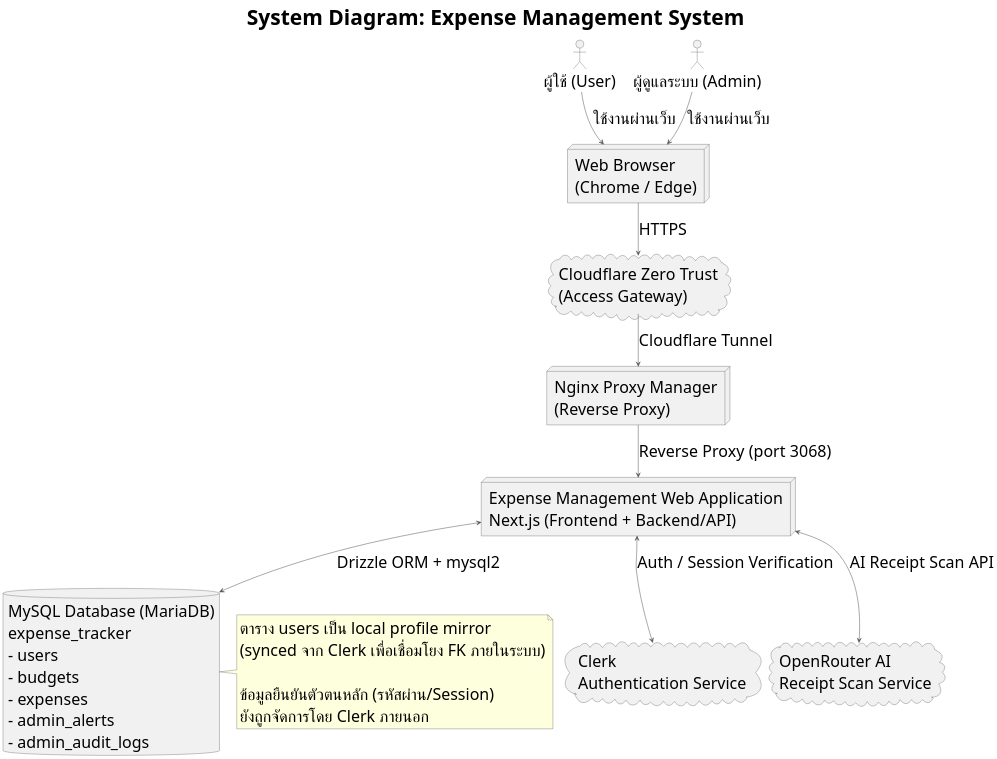
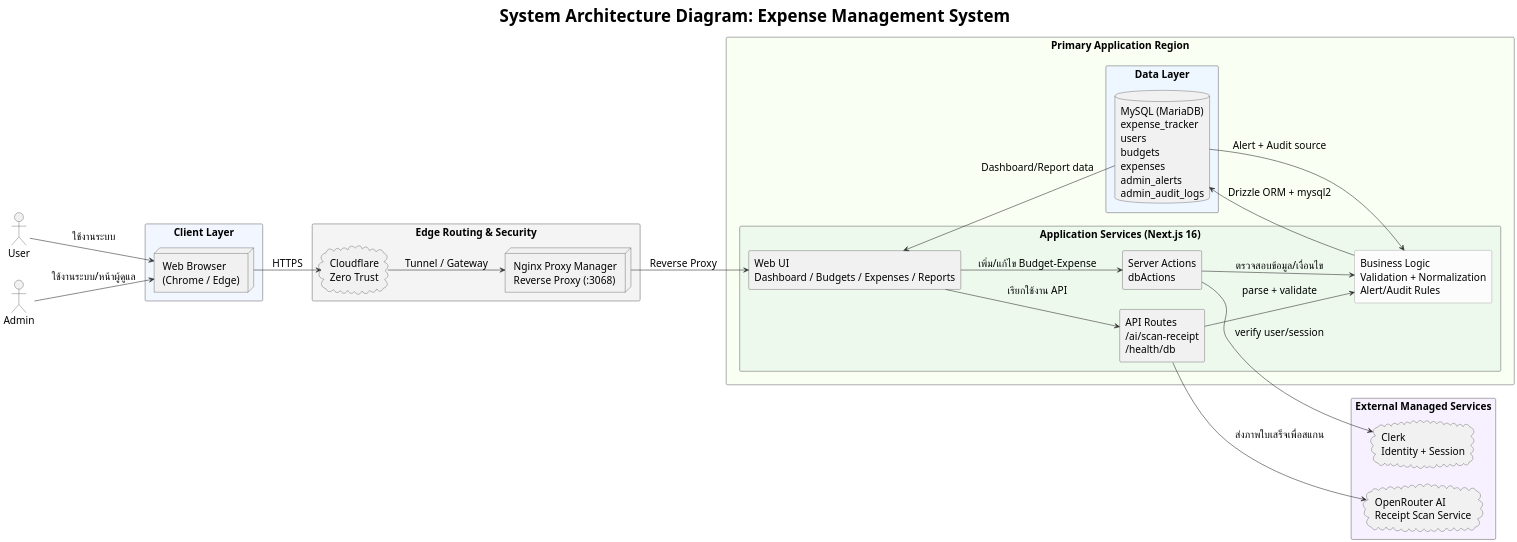
One commit to wotpc2025/Expense-Tracker-System changed the diagram in docs/system-diagram.puml. Above: the diagram before and after it, drawn with PlantUML. The commit also changed 2 other files, not shown here.

Commit message:
docs: refresh system diagram style and sync related updates

```diff
--- a/docs/system-diagram.puml
+++ b/docs/system-diagram.puml
@@ -1,46 +1,69 @@
 @startuml ExpenseManagementSystemDiagram
+left to right direction
+
 skinparam defaultFontName Tahoma
-skinparam defaultFontSize 32
-skinparam titleFontSize 42
-skinparam dpi 160
+skinparam defaultFontSize 18
+skinparam titleFontSize 30
+skinparam dpi 180
 skinparam shadowing false
 skinparam backgroundColor white
+skinparam packageStyle rectangle
 skinparam componentStyle rectangle
-skinparam ArrowColor #555555
-skinparam packageStyle rectangle
+skinparam ArrowColor #2f2f2f
+skinparam packageBorderColor #8a8a8a
+skinparam packageBackgroundColor #f7f7f7
+skinparam RectangleBorderColor #6f6f6f
+skinparam RectangleBackgroundColor #fcfcfc
 
-title System Diagram: Expense Management System
+title System Architecture Diagram: Expense Management System
 
-actor "ผู้ใช้ (User)" as USER
-actor "ผู้ดูแลระบบ (Admin)" as ADMIN
+actor "User" as USER
+actor "Admin" as ADMIN
 
-node "Web Browser\n(Chrome / Edge)" as BROWSER
-cloud "Cloudflare Zero Trust\n(Access Gateway)" as CF
-node "Nginx Proxy Manager\n(Reverse Proxy)" as NGINX
-node "Expense Management Web Application\nNext.js (Frontend + Backend/API)" as APP
-database "MySQL Database (MariaDB)\nexpense_tracker\n- users\n- budgets\n- expenses\n- admin_alerts\n- admin_audit_logs" as DB
-cloud "Clerk\nAuthentication Service" as CLERK
-cloud "OpenRouter AI\nReceipt Scan Service" as OAI
+package "Client Layer" #f2f6ff {
+	node "Web Browser\n(Chrome / Edge)" as BROWSER
+}
 
-USER --> BROWSER : ใช้งานผ่านเว็บ
-ADMIN --> BROWSER : ใช้งานผ่านเว็บ
+package "Edge Routing & Security" #f4f4f4 {
+	cloud "Cloudflare\nZero Trust" as CF
+	node "Nginx Proxy Manager\nReverse Proxy (:3068)" as NGINX
+}
+
+package "Primary Application Region" #f9fff2 {
+	package "Application Services (Next.js 16)" #eef9ee {
+		component "Web UI\nDashboard / Budgets / Expenses / Reports" as WEBUI
+		component "Server Actions\ndbActions" as ACTIONS
+		component "API Routes\n/ai/scan-receipt\n/health/db" as API
+		rectangle "Business Logic\nValidation + Normalization\nAlert/Audit Rules" as LOGIC
+	}
+
+	package "Data Layer" #eef6ff {
+		database "MySQL (MariaDB)\nexpense_tracker\nusers\nbudgets\nexpenses\nadmin_alerts\nadmin_audit_logs" as DB
+	}
+}
+
+package "External Managed Services" #f7f1ff {
+	cloud "Clerk\nIdentity + Session" as CLERK
+	cloud "OpenRouter AI\nReceipt Scan Service" as OAI
+}
+
+USER --> BROWSER : ใช้งานระบบ
+ADMIN --> BROWSER : ใช้งานระบบ/หน้าผู้ดูแล
 
 BROWSER --> CF : HTTPS
-CF --> NGINX : Cloudflare Tunnel
-NGINX --> APP : Reverse Proxy (port 3068)
-APP <--> DB : Drizzle ORM + mysql2
-APP <--> CLERK : Auth / Session Verification
-APP <--> OAI : AI Receipt Scan API
+CF --> NGINX : Tunnel / Gateway
+NGINX --> WEBUI : Reverse Proxy
 
-DB -[hidden]right- CLERK
-CLERK -[hidden]right- OAI
+WEBUI --> ACTIONS : เพิ่ม/แก้ไข Budget-Expense
+WEBUI --> API : เรียกใช้งาน API
+ACTIONS --> LOGIC : ตรวจสอบข้อมูล/เงื่อนไข
+API --> LOGIC : parse + validate
 
-note right of DB
-ตาราง users เป็น local profile mirror
-(synced จาก Clerk เพื่อเชื่อมโยง FK ภายในระบบ)
+LOGIC --> DB : Drizzle ORM + mysql2
+API --> OAI : ส่งภาพใบเสร็จเพื่อสแกน
+ACTIONS --> CLERK : verify user/session
 
-ข้อมูลยืนยันตัวตนหลัก (รหัสผ่าน/Session)
-ยังถูกจัดการโดย Clerk ภายนอก
-end note
+DB --> WEBUI : Dashboard/Report data
+DB --> LOGIC : Alert + Audit source
 
 @enduml
```
